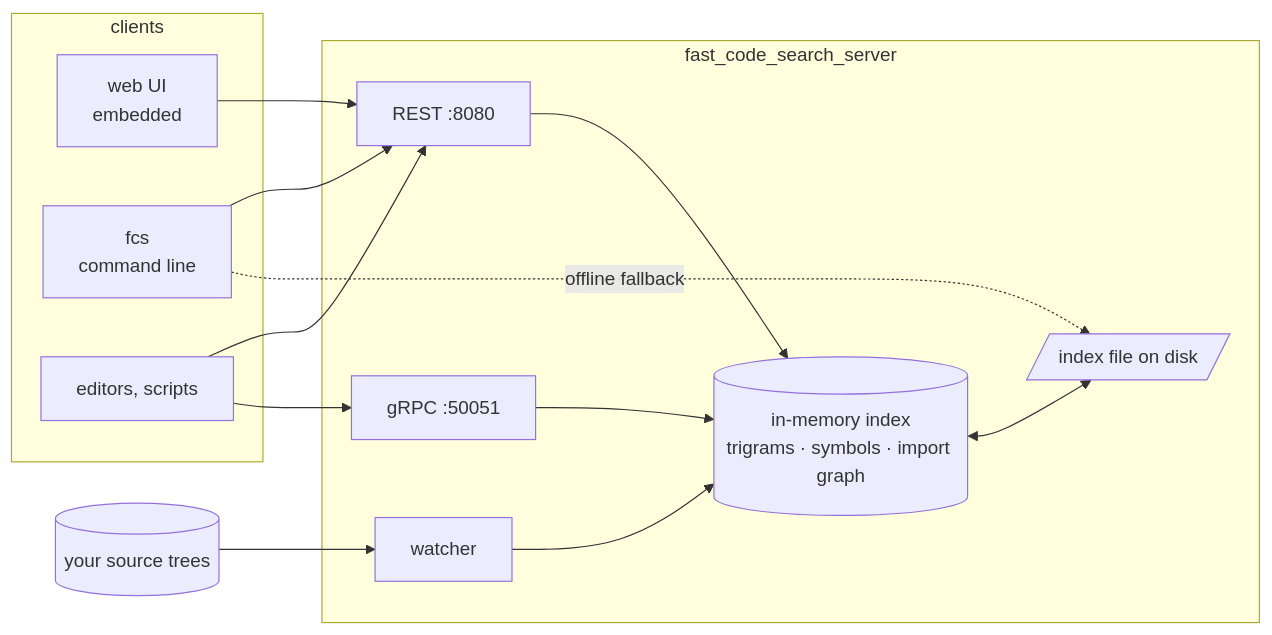
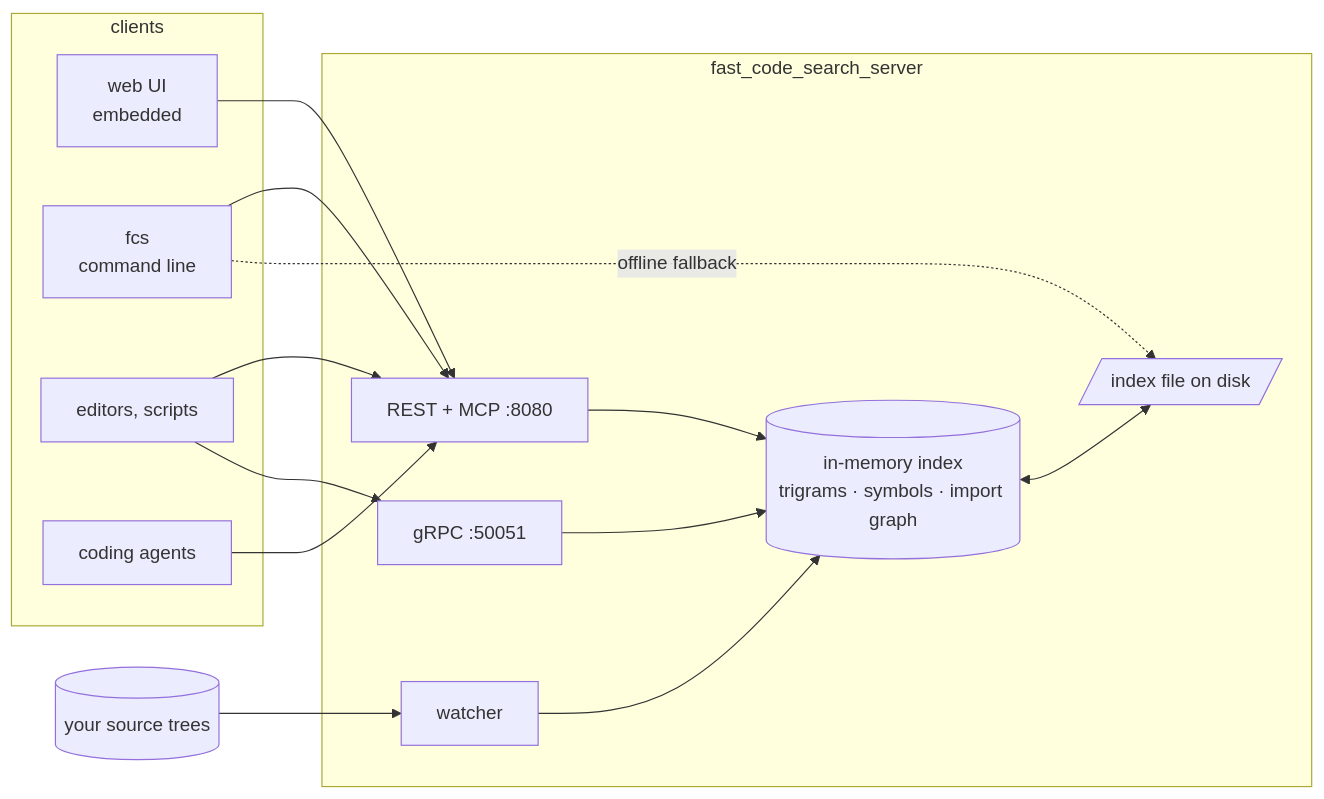
One commit to jburrow/fast_code_search changed the diagram in docs/book/src/index.md. Above: the diagram before and after it, drawn with Mermaid. The commit also changed other lines of this file and 14 other files, not shown here.

````diff
--- a/docs/book/src/index.md
+++ b/docs/book/src/index.md
@@ -34,20 +38,22 @@
 ```mermaid
 flowchart LR
     subgraph clients
         W[web UI<br/>embedded]
         F[fcs<br/>command line]
         E[editors, scripts]
+        G[coding agents]
     end
     subgraph server["fast_code_search_server"]
-        A[REST :8080] --> X[(in-memory index<br/>trigrams · symbols · import graph)]
+        A[REST + MCP :8080] --> X[(in-memory index<br/>trigrams · symbols · import graph)]
         R[gRPC :50051] --> X
         V[watcher] --> X
         X <--> P[/index file on disk/]
     end
     W --> A
     F --> A
     E --> A
     E --> R
+    G --> A
     T[(your source trees)] --> V
     F -. offline fallback .-> P
 ```
````
